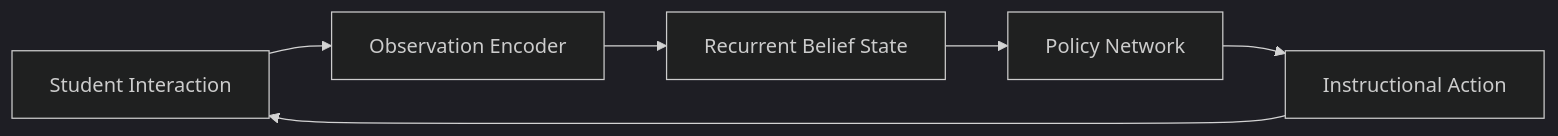
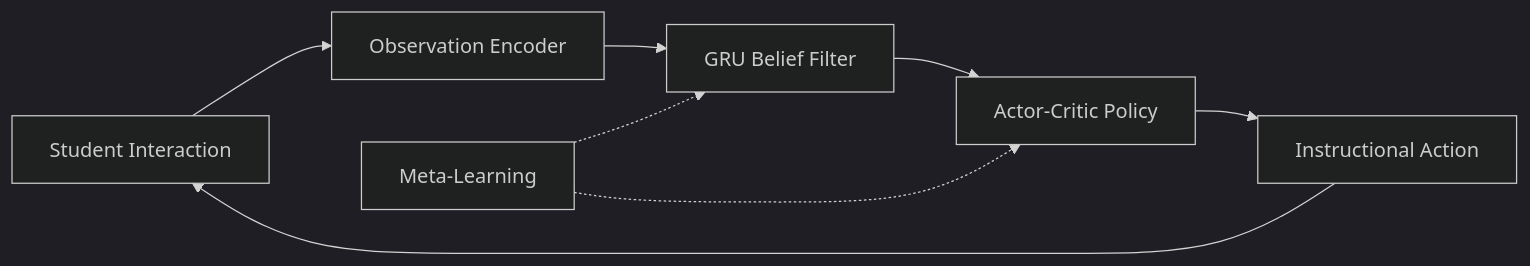
The diagram in README.md (NiravTech22/StudentIO-v2), drawn with Mermaid (dark theme) before and after one commit. The commit also changed other lines of this file and 21 other files, not shown here.

First line of the commit message:
Initial commits: started with creating the loop iteration model, as well as meta learning algorithms.

````diff
--- a/README.md
+++ b/README.md
@@ -99,8 +53,11 @@
 ```mermaid
 flowchart LR
     A[Student Interaction] --> B[Observation Encoder]
-    B --> C[Recurrent Belief State]
-    C --> D[Policy Network]
+    B --> C[GRU Belief Filter]
+    C --> D[Actor-Critic Policy]
     D --> E[Instructional Action]
     E --> A
+    
+    F[Meta-Learning] -.-> C
+    F -.-> D
 ```
````
